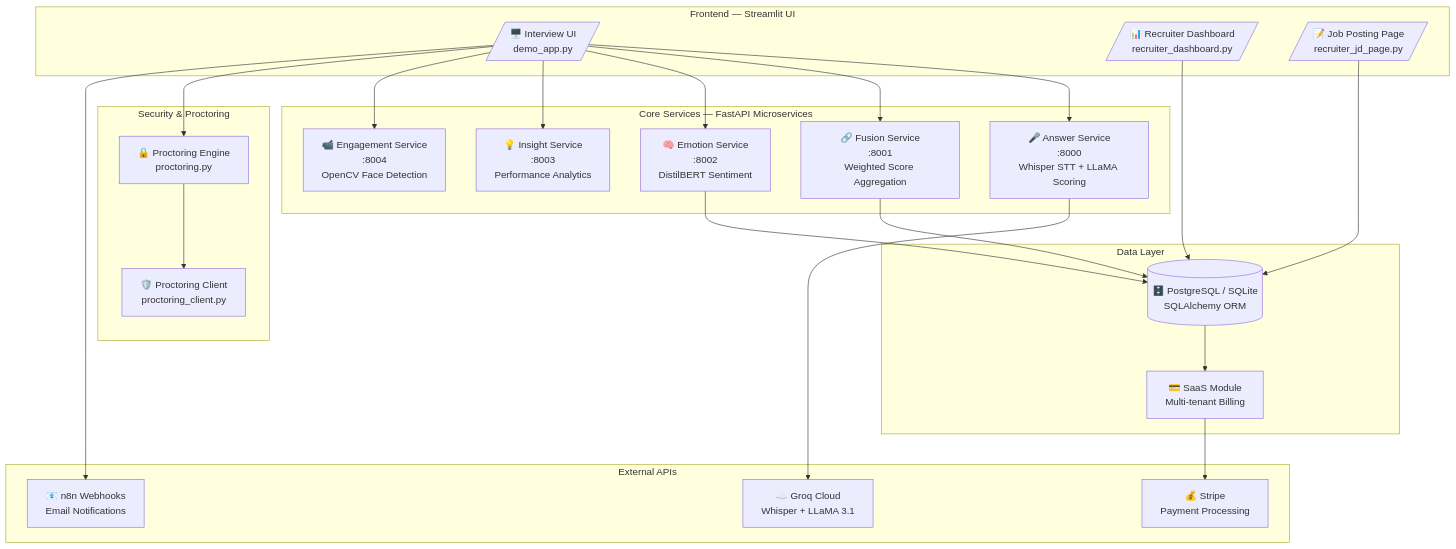
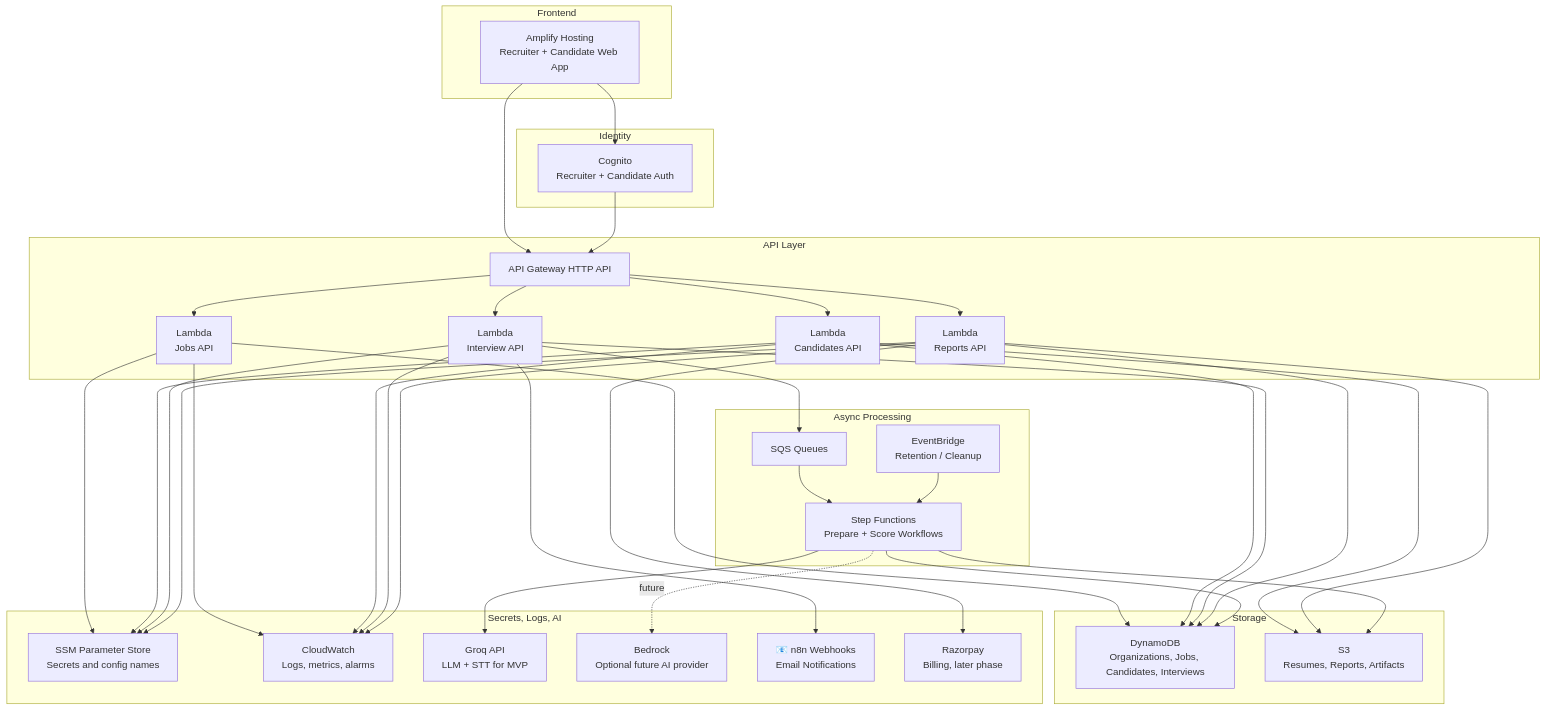
Before and after one commit to Hitan547/ai-behavioral-interviewer-proctoring: the first of 5 diagrams in README.md, drawn with Mermaid. The commit also changed other lines of this file and 59 other files, not shown here.

````diff
--- a/README.md
+++ b/README.md
@@ -40,44 +123,56 @@
 ```mermaid
 graph TB
-    subgraph "Frontend — Streamlit UI"
-        UI[/"🖥️ Interview UI<br/>demo_app.py"/]
-        RD[/"📊 Recruiter Dashboard<br/>recruiter_dashboard.py"/]
-        JD[/"📝 Job Posting Page<br/>recruiter_jd_page.py"/]
+    subgraph "Frontend"
+        AMP["Amplify Hosting<br/>Recruiter + Candidate Web App"]
     end
 
-    subgraph "Core Services — FastAPI Microservices"
-        AS["🎤 Answer Service<br/>:8000<br/>Whisper STT + LLaMA Scoring"]
-        FS["🔗 Fusion Service<br/>:8001<br/>Weighted Score Aggregation"]
-        ES["🧠 Emotion Service<br/>:8002<br/>DistilBERT Sentiment"]
-        IS["💡 Insight Service<br/>:8003<br/>Performance Analytics"]
-        ENG["📹 Engagement Service<br/>:8004<br/>OpenCV Face Detection"]
+    subgraph "Identity"
+        COG["Cognito<br/>Recruiter + Candidate Auth"]
     end
 
-    subgraph "Security & Proctoring"
-        PR["🔒 Proctoring Engine<br/>proctoring.py"]
-        PC["🛡️ Proctoring Client<br/>proctoring_client.py"]
+    subgraph "API Layer"
+        API["API Gateway HTTP API"]
+        LJOB["Lambda<br/>Jobs API"]
+        LCAND["Lambda<br/>Candidates API"]
+        LINT["Lambda<br/>Interview API"]
+        LREP["Lambda<br/>Reports API"]
     end
 
-    subgraph "Data Layer"
-        DB[("🗄️ PostgreSQL / SQLite<br/>SQLAlchemy ORM")]
-        SAAS["💳 SaaS Module<br/>Multi-tenant Billing"]
+    subgraph "Async Processing"
+        SQS["SQS Queues"]
+        SFN["Step Functions<br/>Prepare + Score Workflows"]
+        EVT["EventBridge<br/>Retention / Cleanup"]
     end
 
-    subgraph "External APIs"
-        GROQ["☁️ Groq Cloud<br/>Whisper + LLaMA 3.1"]
-        N8N["📧 n8n Webhooks<br/>Email Notifications"]
-        STRIPE["💰 Stripe<br/>Payment Processing"]
+    subgraph "Storage"
+        DDB["DynamoDB<br/>Organizations, Jobs, Candidates, Interviews"]
+        S3["S3<br/>Resumes, Reports, Artifacts"]
     end
 
-    UI --> AS & FS & ES & IS & ENG
-    UI --> PR
-    RD --> DB
-    JD --> DB
-    AS --> GROQ
-    FS --> DB
-    ES --> DB
-    SAAS --> STRIPE
-    UI --> N8N
-    DB --> SAAS
-    PR --> PC
+    subgraph "Secrets, Logs, AI"
+        SSM["SSM Parameter Store<br/>Secrets and config names"]
+        CW["CloudWatch<br/>Logs, metrics, alarms"]
+        GROQ["Groq API<br/>LLM + STT for MVP"]
+        BED["Bedrock<br/>Optional future AI provider"]
+        N8N["📧 n8n Webhooks<br/>Email Notifications"]
+        RAZOR["Razorpay<br/>Billing, later phase"]
+    end
+
+    AMP --> COG
+    AMP --> API
+    COG --> API
+    API --> LJOB & LCAND & LINT & LREP
+    LJOB & LCAND & LINT & LREP --> DDB
+    LCAND & LREP --> S3
+    LINT --> SQS
+    SQS --> SFN
+    SFN --> DDB
+    SFN --> S3
+    SFN --> GROQ
+    SFN -.future.-> BED
+    EVT --> SFN
+    LJOB & LCAND & LINT & LREP --> SSM
+    LJOB & LCAND & LINT & LREP --> CW
+    LINT --> N8N
+    LREP --> RAZOR
 ```
````
